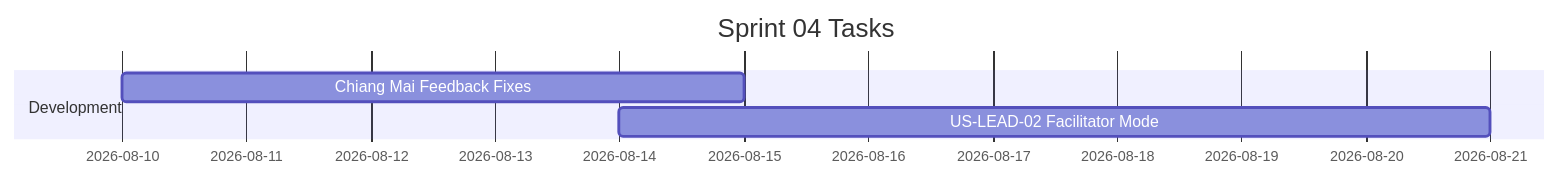
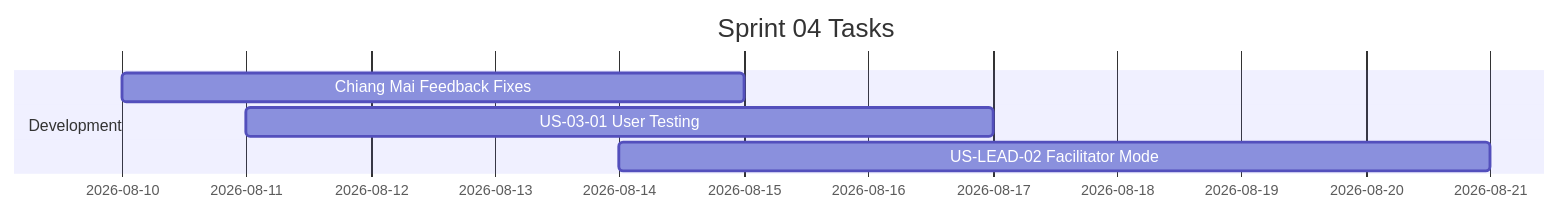
Before and after one commit to ChayutChanmueang/media-literacy-preview: the diagram in docs/agile/sprint-backlog/sprint-04.md, drawn with Mermaid. The commit also changed other lines of this file and 616 other files, not shown here.

````diff
--- a/docs/agile/sprint-backlog/sprint-04.md
+++ b/docs/agile/sprint-backlog/sprint-04.md
@@ -8,8 +8,9 @@
 ```mermaid
 gantt
     title Sprint 04 Tasks
     dateFormat  YYYY-MM-DD
     section Development
     Chiang Mai Feedback Fixes    :a1, 2026-08-10, 5d
+    US-03-01 User Testing        :a3, 2026-08-11, 6d
     US-LEAD-02 Facilitator Mode  :a2, 2026-08-14, 7d
 ```
````
